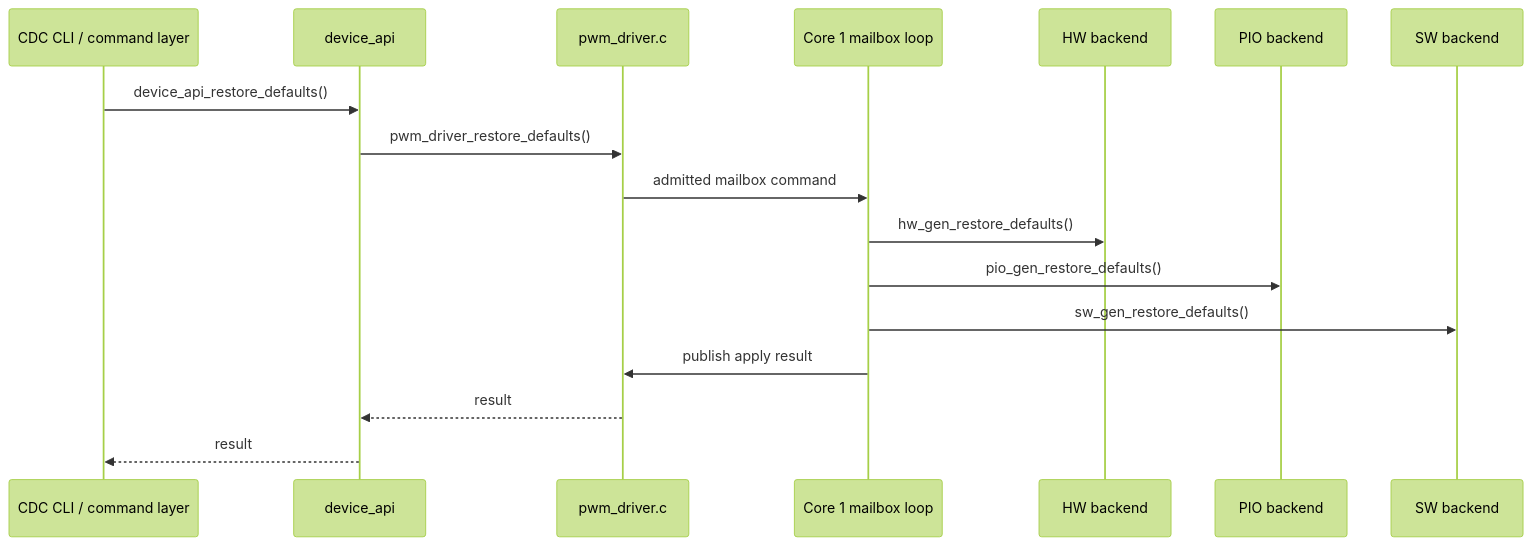
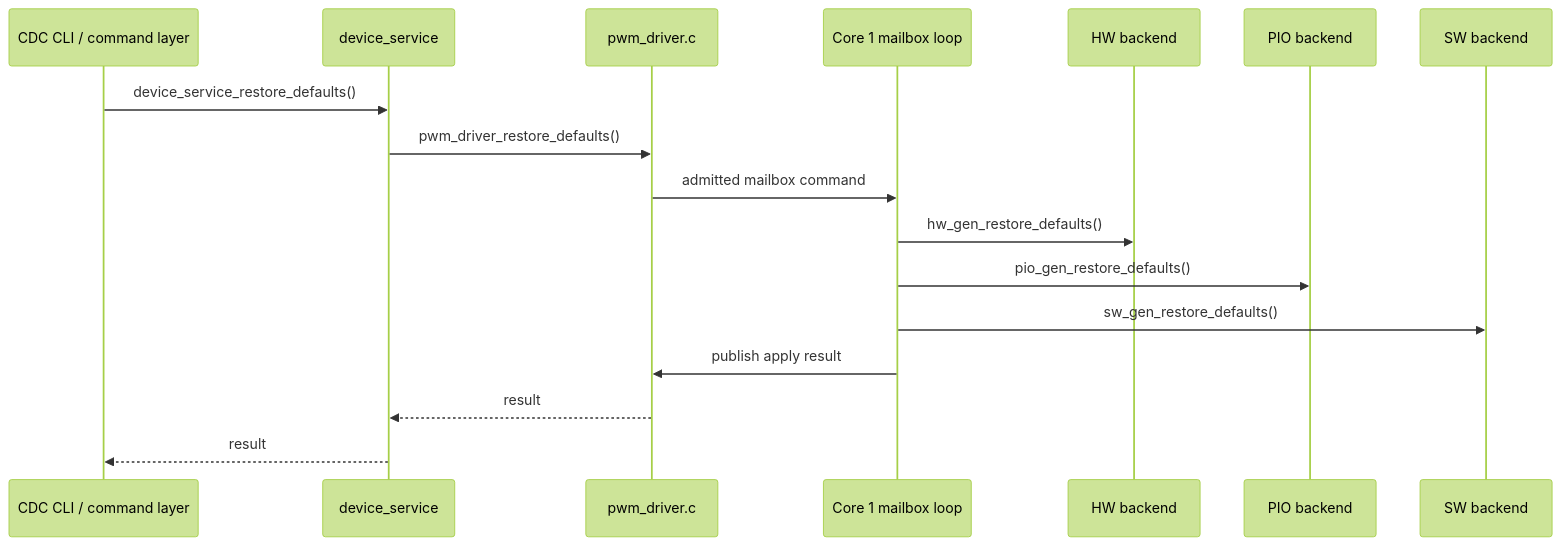
The sixth of 8 diagrams in docs/design/pwm_driver_design.md (djwinter29-oss/PicoPWM), drawn with Mermaid (forest theme) before and after one commit. The commit also changed other lines of this file and 115 other files, not shown here.

````diff
--- a/docs/design/pwm_driver_design.md
+++ b/docs/design/pwm_driver_design.md
@@ -348,20 +348,20 @@
 ```mermaid
 sequenceDiagram
     participant CLI as CDC CLI / command layer
-    participant CTL as device_api
+    participant CTL as device_service
     participant WR as pwm_driver.c
     participant C1 as Core 1 mailbox loop
     participant HW as HW backend
     participant PIO as PIO backend
     participant SW as SW backend
 
-    CLI->>CTL: device_api_restore_defaults()
+    CLI->>CTL: device_service_restore_defaults()
     CTL->>WR: pwm_driver_restore_defaults()
     WR->>C1: admitted mailbox command
     C1->>HW: hw_gen_restore_defaults()
     C1->>PIO: pio_gen_restore_defaults()
     C1->>SW: sw_gen_restore_defaults()
     C1->>WR: publish apply result
     WR-->>CTL: result
     CTL-->>CLI: result
 ```
````
